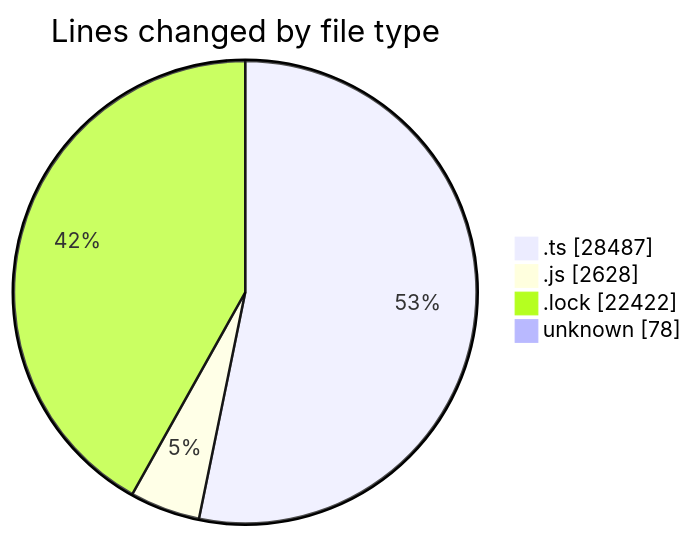
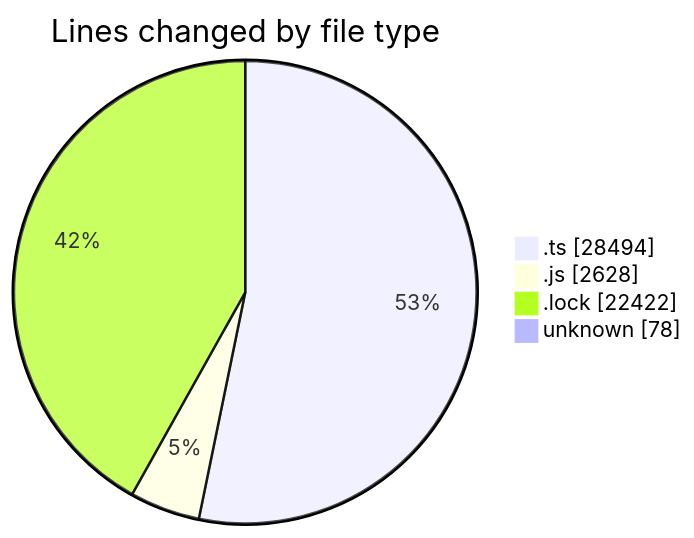
Before and after one commit to momahboobian/code-tracking: the first of 2 diagrams in 2025-05-20/cda/README.md, drawn with Mermaid. The commit also changed other lines of this file and 1 other file, not shown here.

````diff
--- a/2025-05-20/cda/README.md
+++ b/2025-05-20/cda/README.md
@@ -42,8 +42,8 @@
 ```mermaid
 pie showData
 title Lines changed by file type
-".ts" : 28487
+".ts" : 28494
 ".js" : 2628
 ".lock" : 22422
 "unknown" : 78
 ```
````
